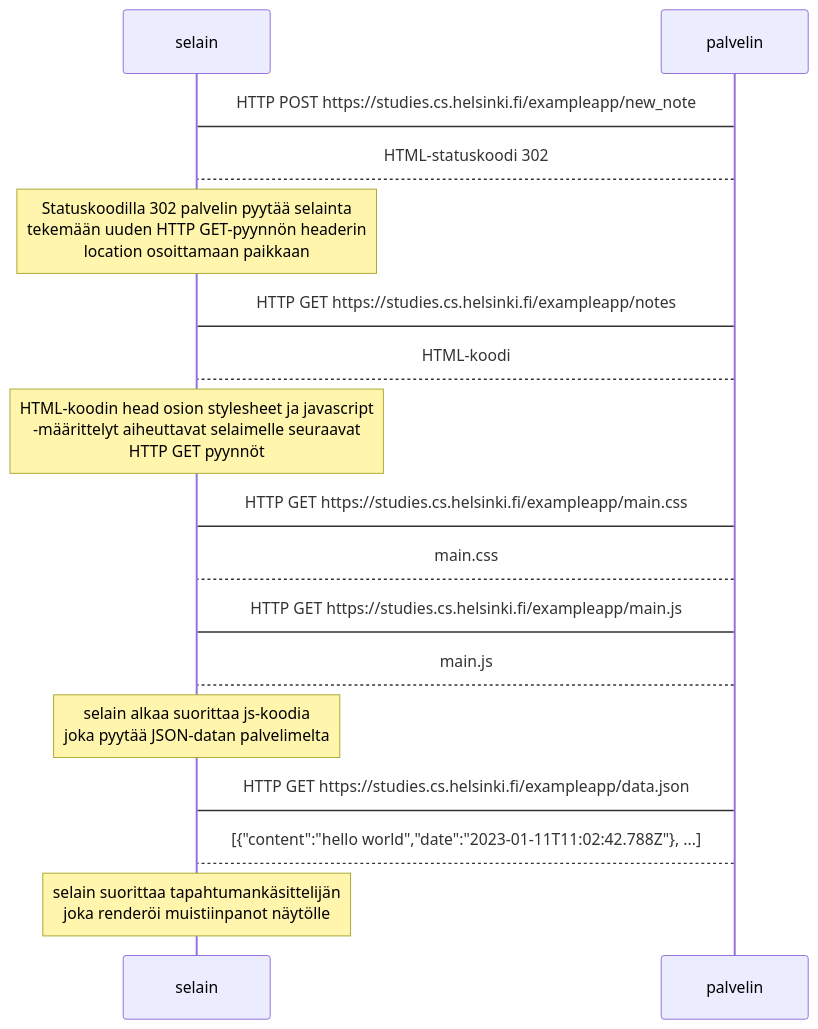
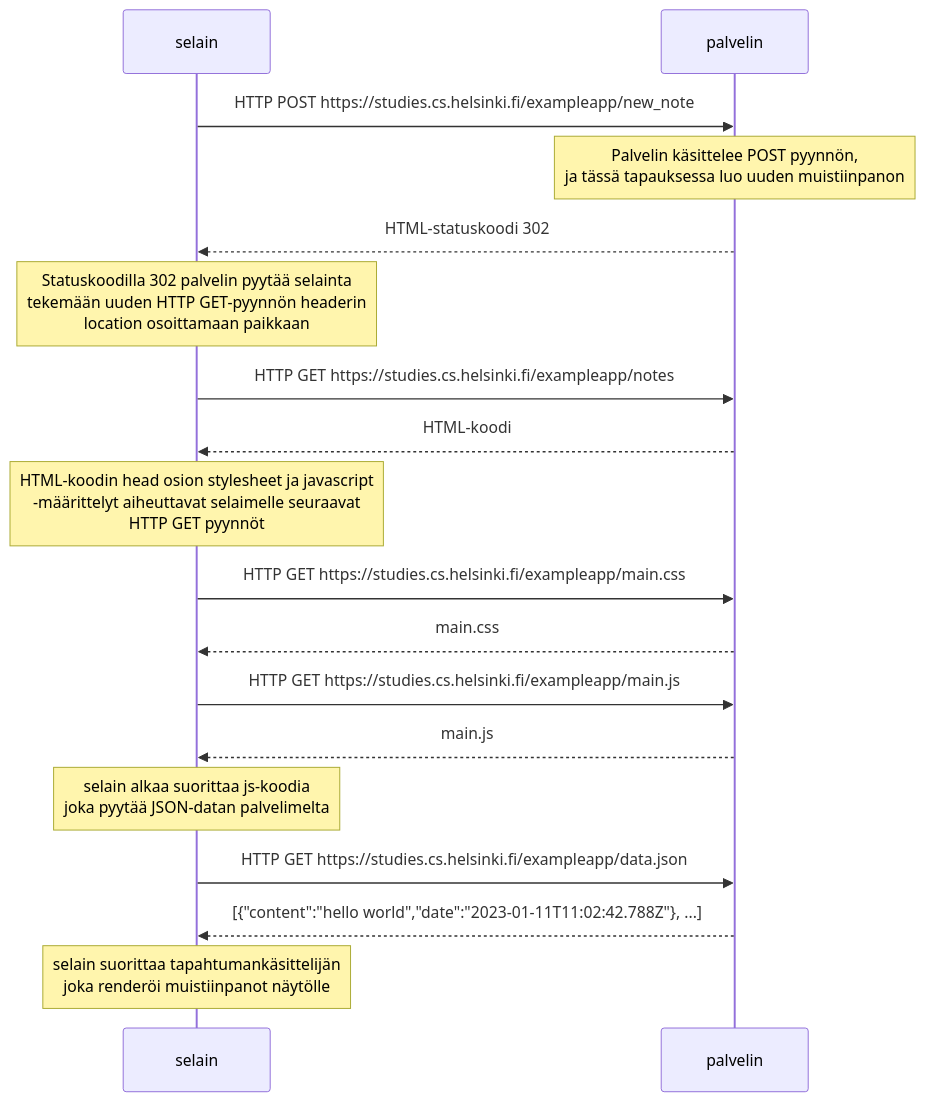
One commit to JuhoPaananen/FullStack-HY changed the diagram in palautusrepositorio/osa0/04_uusi_muistiinpano.md. Above: the diagram before and after it, drawn with Mermaid.

````diff
--- a/palautusrepositorio/osa0/04_uusi_muistiinpano.md
+++ b/palautusrepositorio/osa0/04_uusi_muistiinpano.md
@@ -1,23 +1,24 @@
 ```mermaid
 sequenceDiagram;
-  selain->palvelin: HTTP POST https://studies.cs.helsinki.fi/exampleapp/new_note
-  palvelin-->selain: HTML-statuskoodi 302
+  selain->>palvelin: HTTP POST https://studies.cs.helsinki.fi/exampleapp/new_note
+  note over palvelin: Palvelin käsittelee POST pyynnön, <br> ja tässä tapauksessa luo uuden muistiinpanon
+  palvelin-->>selain: HTML-statuskoodi 302
   note over selain: Statuskoodilla 302 palvelin pyytää selainta <br>tekemään uuden HTTP GET-pyynnön headerin <br>location osoittamaan paikkaan
 
-  selain->palvelin: HTTP GET https://studies.cs.helsinki.fi/exampleapp/notes
-  palvelin-->selain: HTML-koodi
+  selain->>palvelin: HTTP GET https://studies.cs.helsinki.fi/exampleapp/notes
+  palvelin-->>selain: HTML-koodi
 
   note over selain: HTML-koodin head osion stylesheet ja javascript <br>-määrittelyt aiheuttavat selaimelle seuraavat <br> HTTP GET pyynnöt
 
-  selain->palvelin: HTTP GET https://studies.cs.helsinki.fi/exampleapp/main.css
-  palvelin-->selain: main.css
-  selain->palvelin: HTTP GET https://studies.cs.helsinki.fi/exampleapp/main.js
-  palvelin-->selain: main.js
+  selain->>palvelin: HTTP GET https://studies.cs.helsinki.fi/exampleapp/main.css
+  palvelin-->>selain: main.css
+  selain->>palvelin: HTTP GET https://studies.cs.helsinki.fi/exampleapp/main.js
+  palvelin-->>selain: main.js
 
   note over selain: selain alkaa suorittaa js-koodia <br>joka pyytää JSON-datan palvelimelta
 
-  selain->palvelin: HTTP GET https://studies.cs.helsinki.fi/exampleapp/data.json
-  palvelin-->selain: [{"content":"hello world","date":"2023-01-11T11:02:42.788Z"}, ...]
+  selain->>palvelin: HTTP GET https://studies.cs.helsinki.fi/exampleapp/data.json
+  palvelin-->>selain: [{"content":"hello world","date":"2023-01-11T11:02:42.788Z"}, ...]
 
   note over selain: selain suorittaa tapahtumankäsittelijän <br>joka renderöi muistiinpanot näytölle
 ```
````
